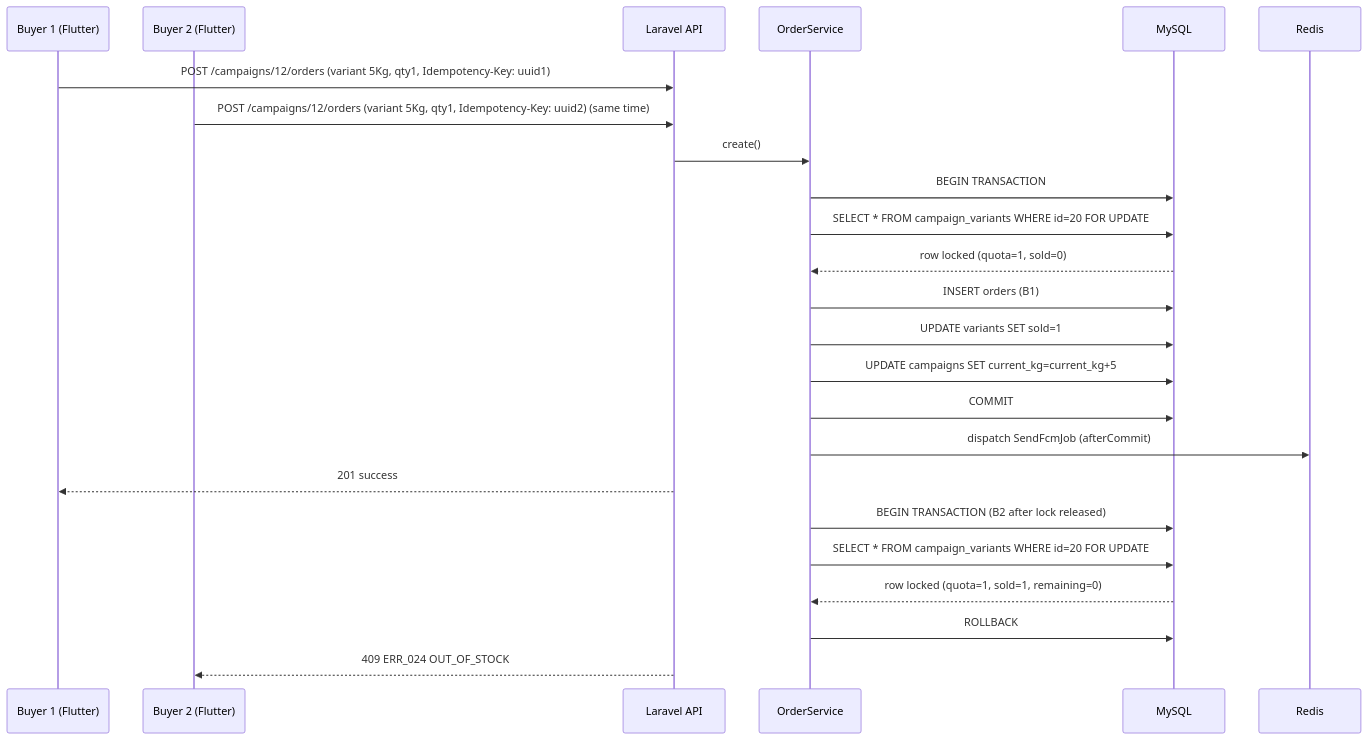
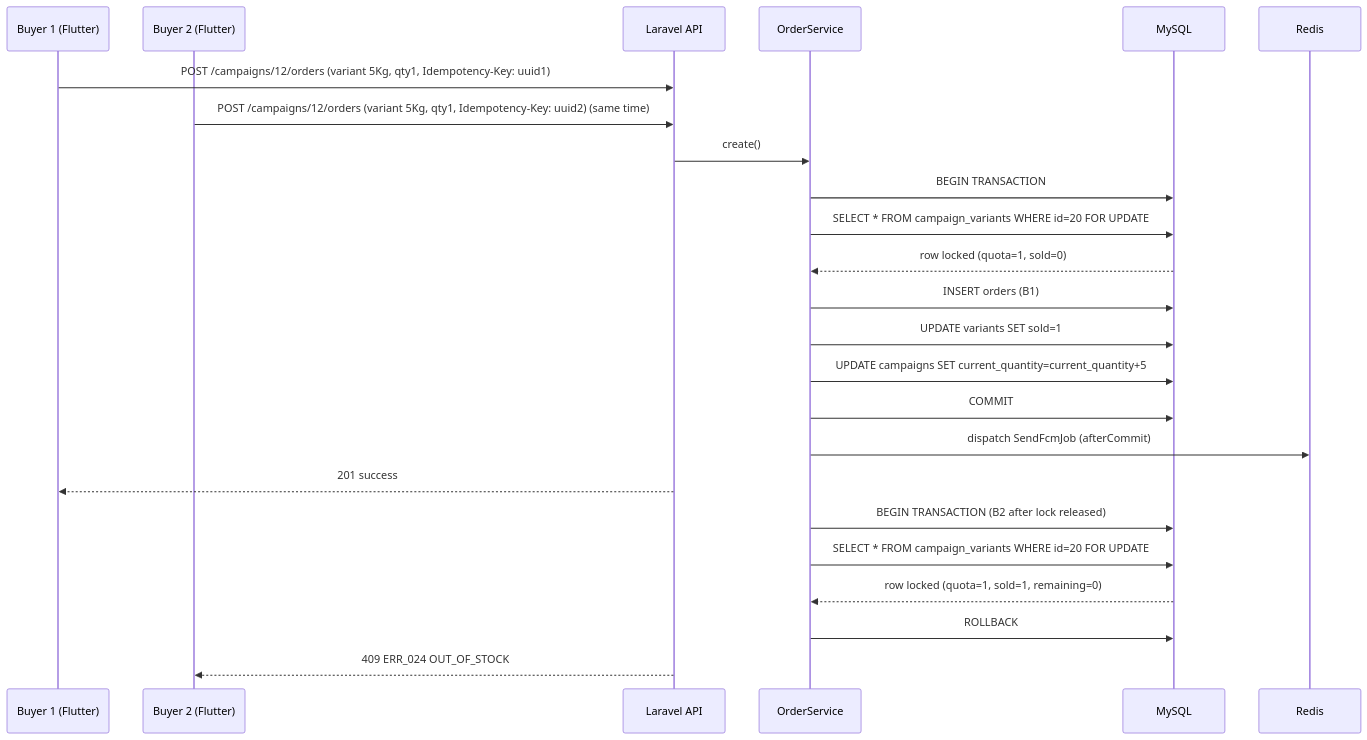
Before and after one commit to KikiAbdullah/Grosirun: the second of 8 diagrams in docs/TECHNICAL_SPEC.md, drawn with Mermaid. The commit also changed other lines of this file and 32 other files, not shown here.

````diff
--- a/docs/TECHNICAL_SPEC.md
+++ b/docs/TECHNICAL_SPEC.md
@@ -221,29 +229,29 @@
 ```mermaid
 sequenceDiagram
     participant B1 as Buyer 1 (Flutter)
     participant B2 as Buyer 2 (Flutter)
     participant API as Laravel API
     participant SVC as OrderService
     participant DB as MySQL
     participant REDIS as Redis
 
     B1->>API: POST /campaigns/12/orders (variant 5Kg, qty1, Idempotency-Key: uuid1)
     B2->>API: POST /campaigns/12/orders (variant 5Kg, qty1, Idempotency-Key: uuid2) (same time)
 
     API->>SVC: create()
     SVC->>DB: BEGIN TRANSACTION
     SVC->>DB: SELECT * FROM campaign_variants WHERE id=20 FOR UPDATE
     DB-->>SVC: row locked (quota=1, sold=0)
     SVC->>DB: INSERT orders (B1)
     SVC->>DB: UPDATE variants SET sold=1
-    SVC->>DB: UPDATE campaigns SET current_kg=current_kg+5
+    SVC->>DB: UPDATE campaigns SET current_quantity=current_quantity+5
     SVC->>DB: COMMIT
     SVC->>REDIS: dispatch SendFcmJob (afterCommit)
     API-->>B1: 201 success
 
     SVC->>DB: BEGIN TRANSACTION (B2 after lock released)
     SVC->>DB: SELECT * FROM campaign_variants WHERE id=20 FOR UPDATE
     DB-->>SVC: row locked (quota=1, sold=1, remaining=0)
     SVC->>DB: ROLLBACK
     API-->>B2: 409 ERR_024 OUT_OF_STOCK
 ```
````
